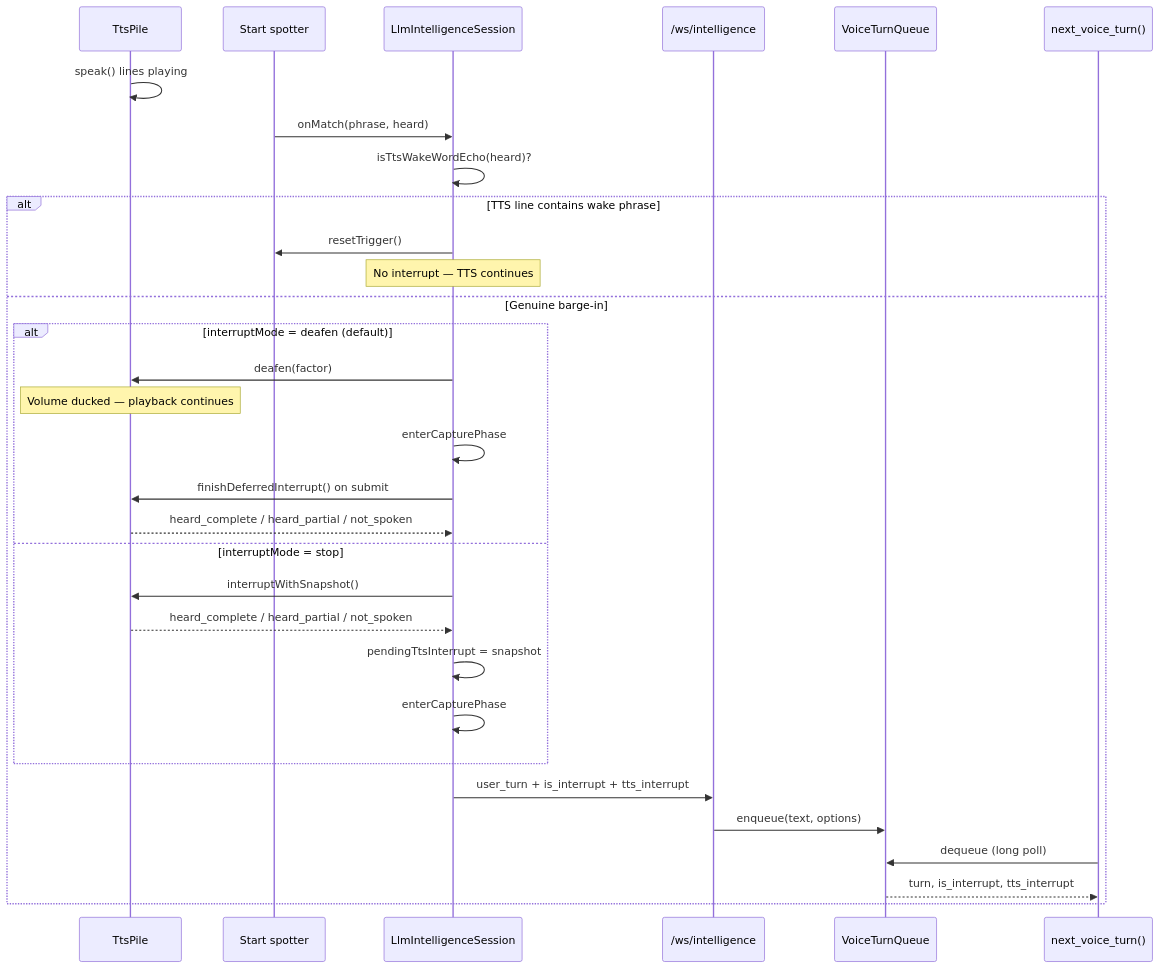
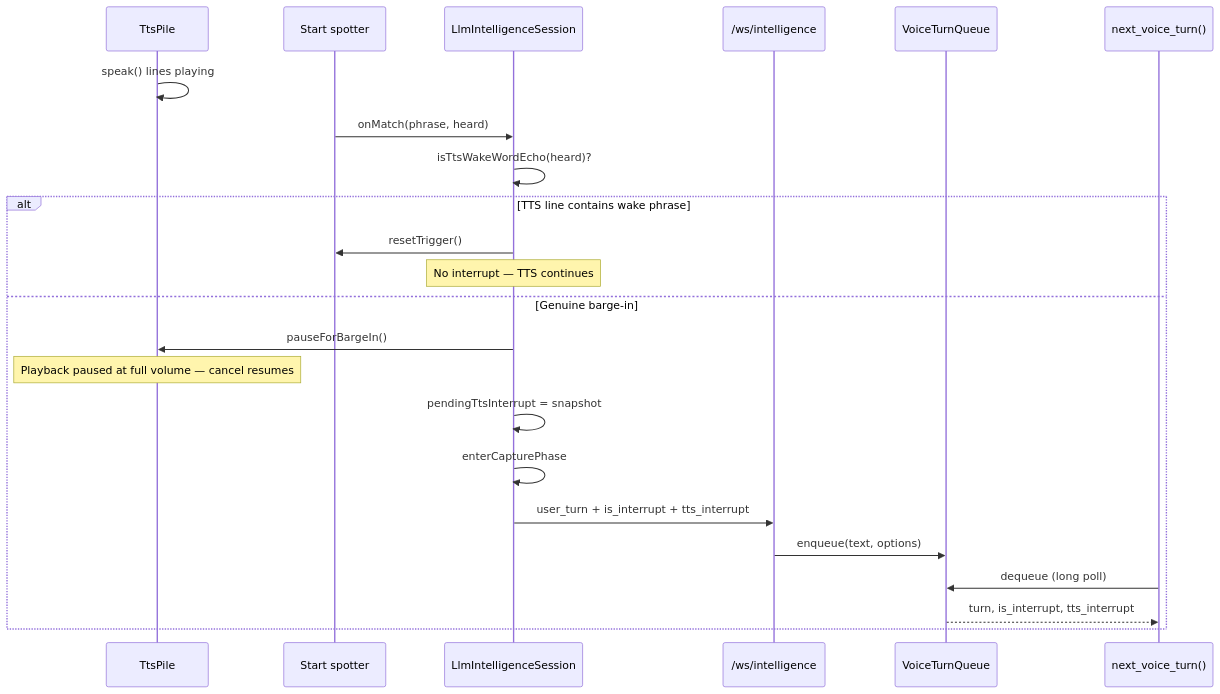
Before and after one commit to dixonSolutions/AgentVoice: the diagram in docs/17-tts-barge-in-and-wake-echo.md, drawn with Mermaid. The commit also changed other lines of this file and 13 other files, not shown here.

First line of the commit message:
Remove TTS volume deafening on barge-in.

````diff
--- a/docs/17-tts-barge-in-and-wake-echo.md
+++ b/docs/17-tts-barge-in-and-wake-echo.md
@@ -73,34 +73,26 @@
 ```mermaid
 sequenceDiagram
   participant TTS as TtsPile
   participant Vosk as Start spotter
   participant PWA as LlmIntelligenceSession
   participant WS as /ws/intelligence
   participant Q as VoiceTurnQueue
   participant MCP as next_voice_turn()
 
   TTS->>TTS: speak() lines playing
   Vosk->>PWA: onMatch(phrase, heard)
   PWA->>PWA: isTtsWakeWordEcho(heard)?
   alt TTS line contains wake phrase
     PWA->>Vosk: resetTrigger()
     Note over PWA: No interrupt — TTS continues
   else Genuine barge-in
-    alt interruptMode = deafen (default)
-      PWA->>TTS: deafen(factor)
-      Note over TTS: Volume ducked — playback continues
-      PWA->>PWA: enterCapturePhase
-      PWA->>TTS: finishDeferredInterrupt() on submit
-      TTS-->>PWA: heard_complete / heard_partial / not_spoken
-    else interruptMode = stop
-      PWA->>TTS: interruptWithSnapshot()
-      TTS-->>PWA: heard_complete / heard_partial / not_spoken
-      PWA->>PWA: pendingTtsInterrupt = snapshot
-      PWA->>PWA: enterCapturePhase
-    end
+    PWA->>TTS: pauseForBargeIn()
+    Note over TTS: Playback paused at full volume — cancel resumes
+    PWA->>PWA: pendingTtsInterrupt = snapshot
+    PWA->>PWA: enterCapturePhase
     PWA->>WS: user_turn + is_interrupt + tts_interrupt
     WS->>Q: enqueue(text, options)
     MCP->>Q: dequeue (long poll)
     Q-->>MCP: turn, is_interrupt, tts_interrupt
   end
 ```
````
